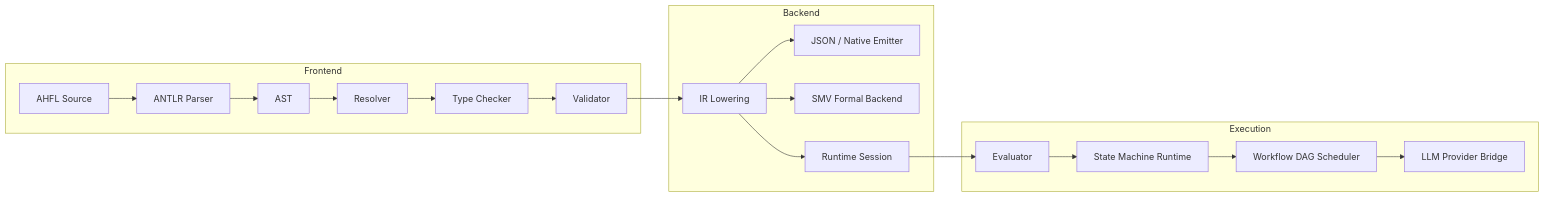
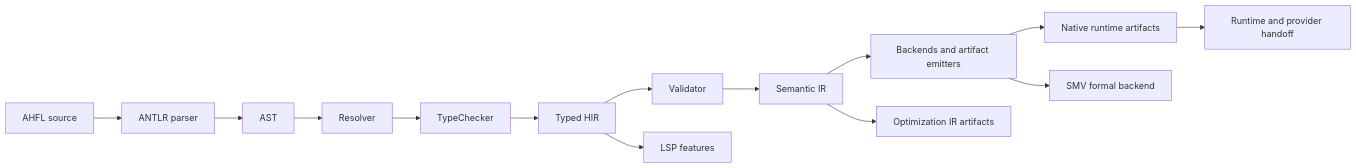
Before and after one commit to Zzzode/AHFL: the diagram in README.md, drawn with Mermaid. The commit also changed other lines of this file and 1 other file, not shown here.

````diff
--- a/README.md
+++ b/README.md
@@ -91,22 +127,16 @@
 ```mermaid
 flowchart LR
-    subgraph Frontend
-        A[AHFL Source] --> B[ANTLR Parser]
-        B --> C[AST]
-        C --> D[Resolver]
-        D --> E[Type Checker]
-        E --> F[Validator]
-    end
-    subgraph Backend
-        F --> G[IR Lowering]
-        G --> H[JSON / Native Emitter]
-        G --> I[SMV Formal Backend]
-        G --> J[Runtime Session]
-    end
-    subgraph Execution
-        J --> K[Evaluator]
-        K --> L[State Machine Runtime]
-        L --> M[Workflow DAG Scheduler]
-        M --> N[LLM Provider Bridge]
-    end
+    Source[AHFL source] --> Parse[ANTLR parser]
+    Parse --> AST[AST]
+    AST --> Resolve[Resolver]
+    Resolve --> Typecheck[TypeChecker]
+    Typecheck --> TypedHIR[Typed HIR]
+    TypedHIR --> Validate[Validator]
+    Validate --> IR[Semantic IR]
+    IR --> Backends[Backends and artifact emitters]
+    IR --> OptIR[Optimization IR artifacts]
+    Backends --> Native[Native runtime artifacts]
+    Backends --> Formal[SMV formal backend]
+    Native --> Runtime[Runtime and provider handoff]
+    TypedHIR --> LSP[LSP features]
 ```
````
